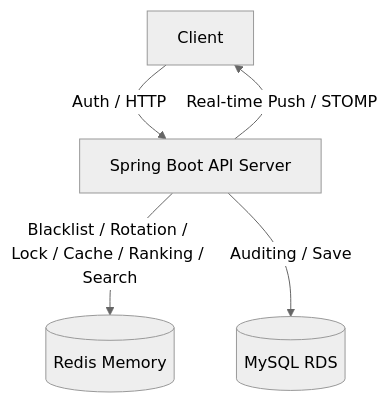
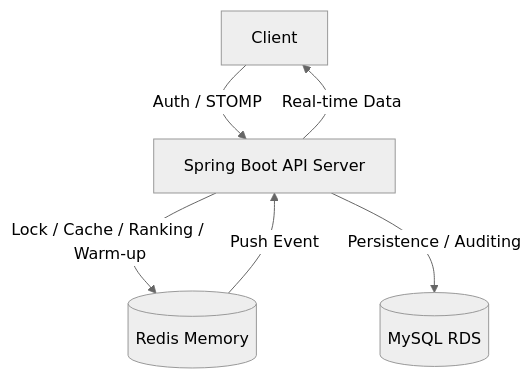
Before and after one commit to helloyoogs/tarot-insight-backend: the diagram in README.md, drawn with Mermaid (neutral theme). The commit also changed other lines of this file and 1 other file, not shown here.

Commit message:
[feat] 서버 재시작 시 Redis 랭킹 자동 복구(Warm-up) 시스템 구현 및 안정화 - [ApplicationRunner] 서버 구동 시 MySQL 예약 데이터를 집계하여 Redis ZSet에 자동 적재하는 로직 구현 - [Persistence] Warm-up 과정 중 발생한 LazyInitializationException 해결을 위한 @Transactional 적용 - [Stability] Redis 휘발성 데이터 손실 시에도 원천 데이터(MySQL) 기반의 데이터 일관성 및 회복 탄력성(Resilience) 확보

````diff
--- a/README.md
+++ b/README.md
@@ -36,7 +33,8 @@
 ```mermaid
 graph TD
-    Client[Client] -->|Auth / HTTP| Server[Spring Boot API Server]
-    Server -->|Blacklist / Rotation / Lock / Cache / Ranking / Search| Redis[(Redis Memory)]
-    Server -->|Auditing / Save| MySQL[(MySQL RDS)]
-    Server -->|Real-time Push / STOMP| Client
+    Client[Client] -->|Auth / STOMP| Server[Spring Boot API Server]
+    Server -->|Lock / Cache / Ranking / Warm-up| Redis[(Redis Memory)]
+    Server -->|Persistence / Auditing| MySQL[(MySQL RDS)]
+    Redis -->|Push Event| Server
+    Server -->|Real-time Data| Client
 ```
````
